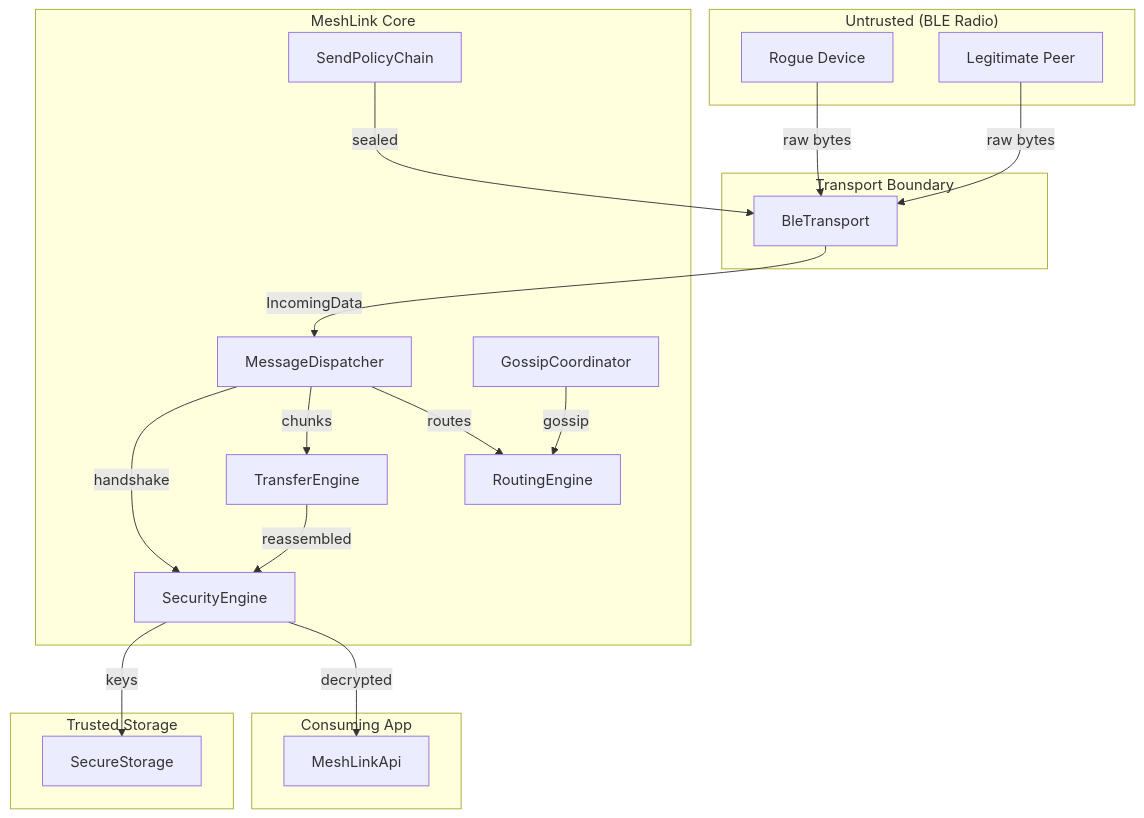
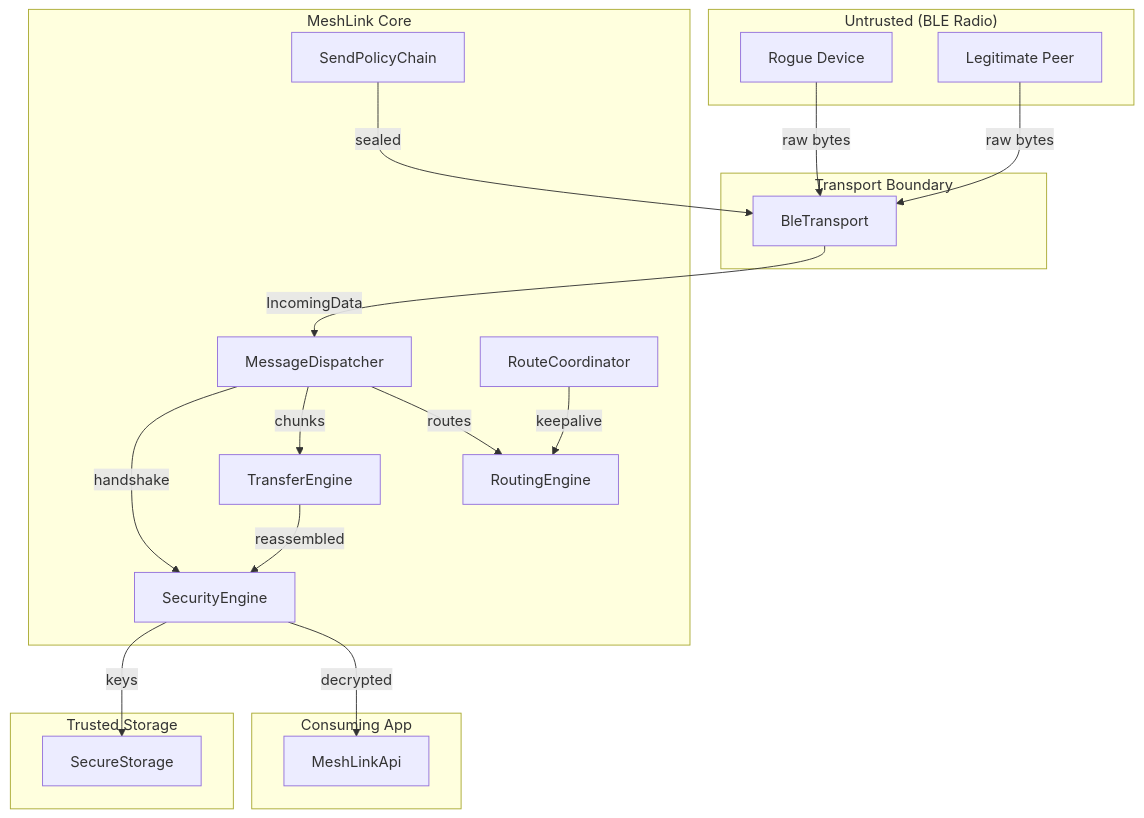
The diagram in docs/threat-model.md (trancee/MeshLink), drawn with Mermaid before and after one commit. The commit also changed other lines of this file and 5 other files, not shown here.

````diff
--- a/docs/threat-model.md
+++ b/docs/threat-model.md
@@ -87,40 +87,40 @@
 ```mermaid
 flowchart TD
     subgraph Untrusted["Untrusted (BLE Radio)"]
         Rogue["Rogue Device"]
         Legit["Legitimate Peer"]
     end
 
     subgraph Transport["Transport Boundary"]
         BLE["BleTransport"]
     end
 
     subgraph Core["MeshLink Core"]
         MD["MessageDispatcher"]
         SE["SecurityEngine"]
         TE["TransferEngine"]
         RE["RoutingEngine"]
-        GC["GossipCoordinator"]
+        GC["RouteCoordinator"]
         SPC["SendPolicyChain"]
     end
 
     subgraph Trusted["Trusted Storage"]
         SS["SecureStorage"]
     end
 
     subgraph App["Consuming App"]
         API["MeshLinkApi"]
     end
 
     Rogue -->|raw bytes| BLE
     Legit -->|raw bytes| BLE
     BLE -->|IncomingData| MD
     MD -->|handshake| SE
     MD -->|chunks| TE
     MD -->|routes| RE
     SE -->|keys| SS
-    GC -->|gossip| RE
+    GC -->|keepalive| RE
     TE -->|reassembled| SE
     SE -->|decrypted| API
     SPC -->|sealed| BLE
 ```
````
